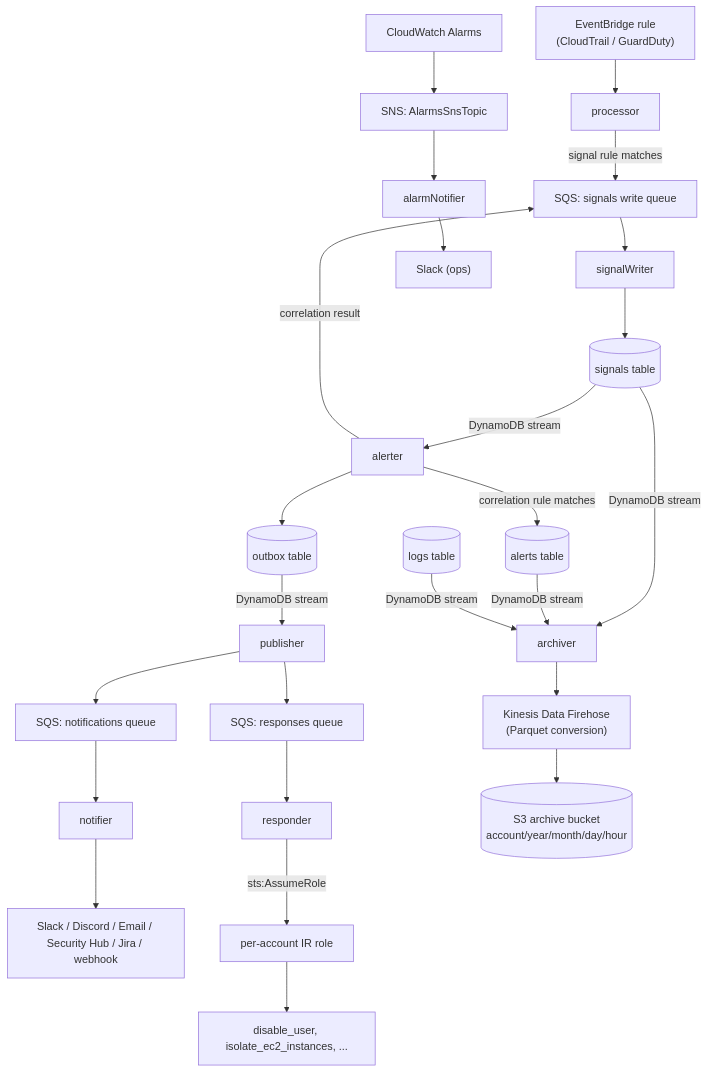
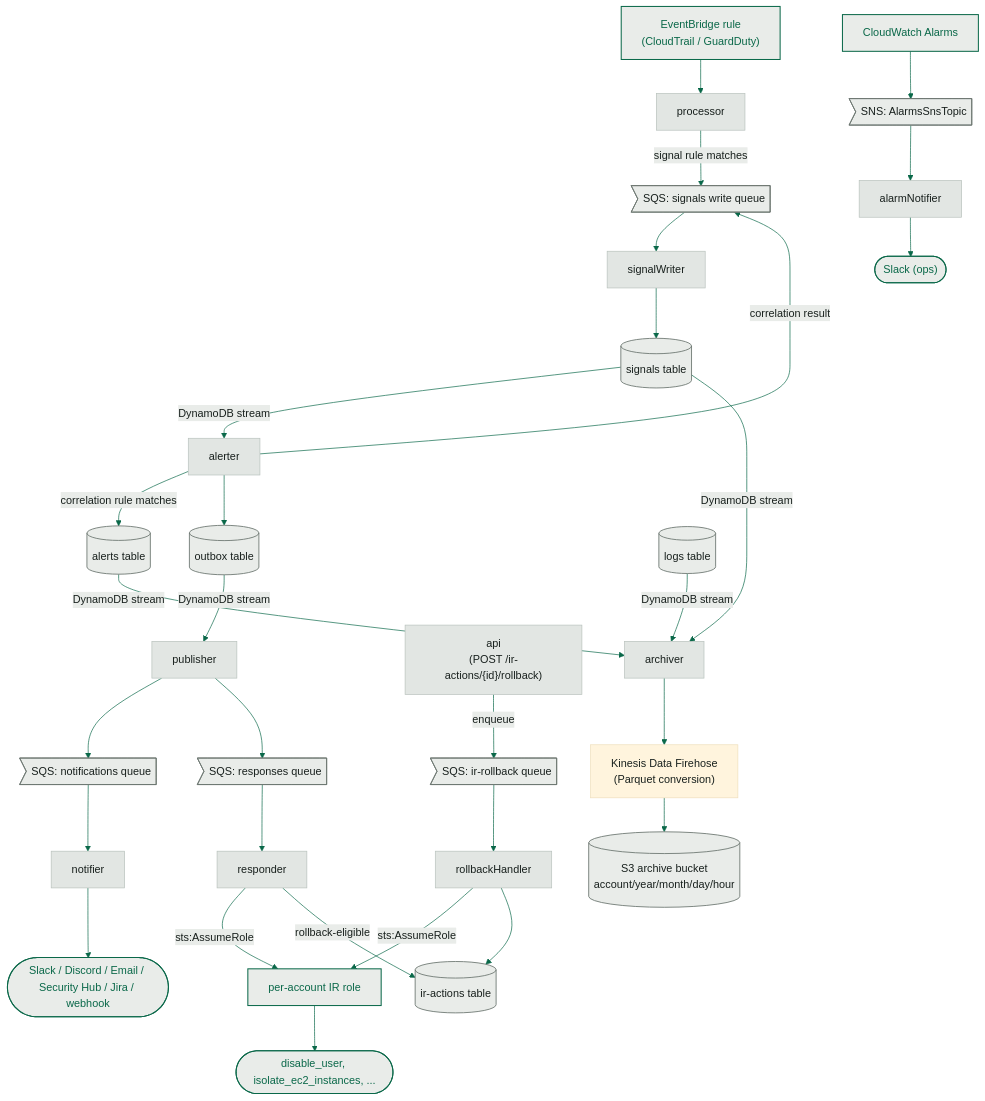
One commit to dbnz-io/opencdr changed the diagram in docs/architecture.md. Above: the diagram before and after it, drawn with Mermaid. The commit also changed other lines of this file and 87 other files, not shown here.

````diff
--- a/docs/architecture.md
+++ b/docs/architecture.md
@@ -30,29 +31,45 @@
 ```mermaid
+%%{init: {"theme":"base","themeVariables":{"fontFamily":"\"Helvetica Neue\", Arial, sans-serif","lineColor":"#0a6849","edgeLabelBackground":"#e9ece9","primaryTextColor":"#18201d"}}}%%
 flowchart TD
-    EB["EventBridge rule\n(CloudTrail / GuardDuty)"] --> P["processor"]
-    P -->|"signal rule matches"| SWQ["SQS: signals write queue"]
+    EB["EventBridge rule<br/>(CloudTrail / GuardDuty)"] --> P["processor"]
+    P -->|"signal rule matches"| SWQ>"SQS: signals write queue"]
     SWQ --> SW["signalWriter"]
     SW --> SIG[("signals table")]
     SIG -->|DynamoDB stream| AL["alerter"]
     AL -->|"correlation result"| SWQ
     AL -->|"correlation rule matches"| ALT[("alerts table")]
     AL --> OUT[("outbox table")]
     OUT -->|DynamoDB stream| PUB["publisher"]
-    PUB --> NQ["SQS: notifications queue"]
-    PUB --> RQ["SQS: responses queue"]
+    PUB --> NQ>"SQS: notifications queue"]
+    PUB --> RQ>"SQS: responses queue"]
     NQ --> NOT["notifier"]
     RQ --> RESP["responder"]
-    NOT --> CH["Slack / Discord / Email / Security Hub / Jira / webhook"]
+    NOT --> CH(["Slack / Discord / Email / Security Hub / Jira / webhook"])
     RESP -->|"sts:AssumeRole"| IR["per-account IR role"]
-    IR --> ACT["disable_user, isolate_ec2_instances, ..."]
+    IR --> ACT(["disable_user, isolate_ec2_instances, ..."])
+    RESP -->|"rollback-eligible"| IRT[("ir-actions table")]
 
-    ALM["CloudWatch Alarms"] --> ALMSNS["SNS: AlarmsSnsTopic"]
+    API["api<br/>(POST /ir-actions/{id}/rollback)"] -->|"enqueue"| RBQ>"SQS: ir-rollback queue"]
+    RBQ --> RB["rollbackHandler"]
+    RB -->|"sts:AssumeRole"| IR
+    RB --> IRT
+
+    ALM["CloudWatch Alarms"] --> ALMSNS>"SNS: AlarmsSnsTopic"]
     ALMSNS --> ALMN["alarmNotifier"]
-    ALMN --> SLACK["Slack (ops)"]
+    ALMN --> SLACK(["Slack (ops)"])
 
     SIG -->|DynamoDB stream| ARC["archiver"]
     ALT -->|DynamoDB stream| ARC
     LOG[("logs table")] -->|DynamoDB stream| ARC
-    ARC --> FH["Kinesis Data Firehose\n(Parquet conversion)"]
-    FH --> S3[("S3 archive bucket\naccount/year/month/day/hour")]
+    ARC --> FH["Kinesis Data Firehose<br/>(Parquet conversion)"]
+    FH --> S3[("S3 archive bucket<br/>account/year/month/day/hour")]
+
+    classDef lambda fill:#e2e6e3,stroke:#b8c1bc,stroke-width:1px,color:#18201d;
+    classDef queue fill:#e9ece9,stroke:#69746e,stroke-width:1px,color:#18201d;
+    classDef store fill:#e9ece9,stroke:#69746e,stroke-width:1.25px,color:#18201d;
+    classDef bound fill:#e9ece9,stroke:#0a6849,stroke-width:1.5px,color:#0a6849;
+    class P,SW,AL,PUB,NOT,RESP,RB,API,ALMN,ARC lambda;
+    class SWQ,NQ,RQ,RBQ,ALMSNS queue;
+    class SIG,ALT,OUT,IRT,LOG,S3 store;
+    class EB,ALM,CH,ACT,SLACK,IR bound;
 ```
````
